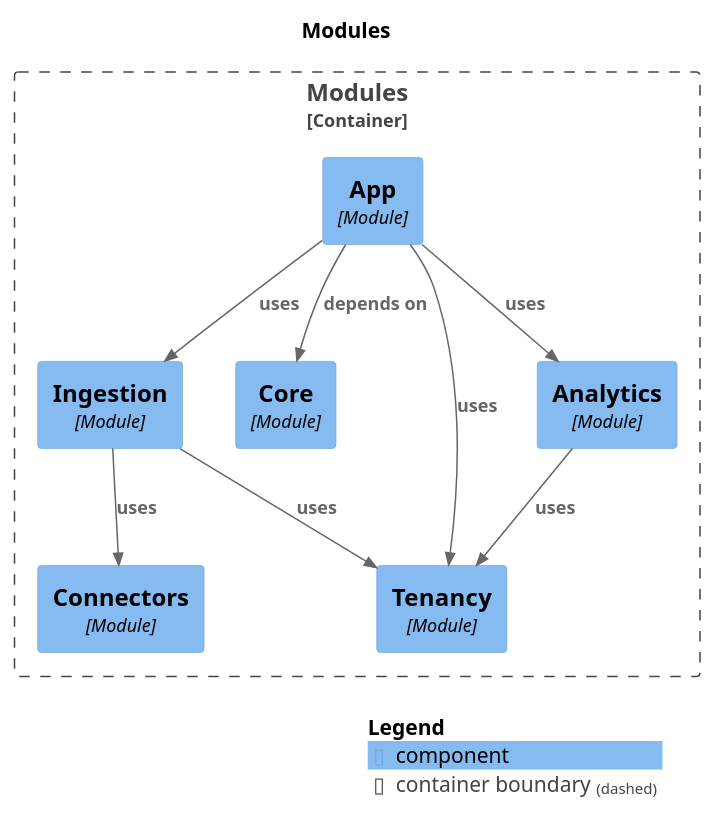
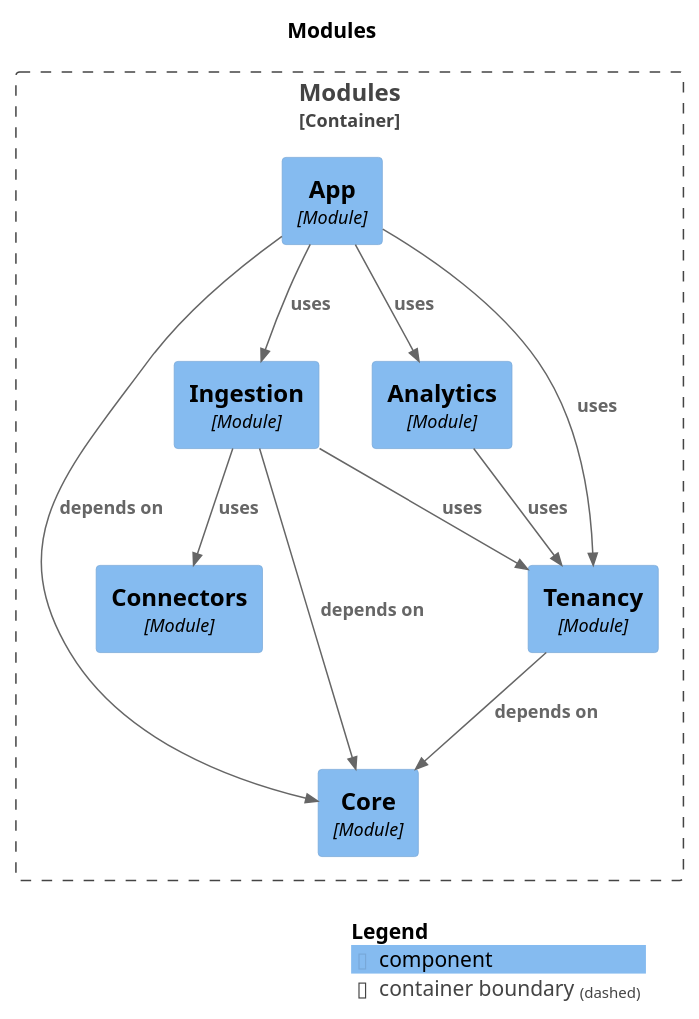
One commit to aliemrahpekesen/eKingProducitivtyMeter changed the diagram in docs/architecture/generated/modulith/components.puml. Above: the diagram before and after it, drawn with PlantUML. The commit also changed 3 other files, not shown here.

Commit message:
docs(architecture): regenerate Modulith diagrams for the admin ports [TASK-0018]

```diff
--- a/docs/architecture/generated/modulith/components.puml
+++ b/docs/architecture/generated/modulith/components.puml
@@ -1,29 +1,31 @@
 @startuml
 set separator none
 title Modules
 
 top to bottom direction
 
 !include <C4/C4>
 !include <C4/C4_Context>
 !include <C4/C4_Component>
 
 Container_Boundary("Modules.Modules_boundary", "Modules", $tags="") {
   Component(Modules.Modules.Analytics, "Analytics", $techn="Module", $descr="", $tags="", $link="")
   Component(Modules.Modules.App, "App", $techn="Module", $descr="", $tags="", $link="")
   Component(Modules.Modules.Connectors, "Connectors", $techn="Module", $descr="", $tags="", $link="")
   Component(Modules.Modules.Core, "Core", $techn="Module", $descr="", $tags="", $link="")
   Component(Modules.Modules.Ingestion, "Ingestion", $techn="Module", $descr="", $tags="", $link="")
   Component(Modules.Modules.Tenancy, "Tenancy", $techn="Module", $descr="", $tags="", $link="")
 }
 
-Rel(Modules.Modules.Analytics, Modules.Modules.Tenancy, "uses", $techn="", $tags="", $link="")
 Rel(Modules.Modules.App, Modules.Modules.Core, "depends on", $techn="", $tags="", $link="")
-Rel(Modules.Modules.App, Modules.Modules.Analytics, "uses", $techn="", $tags="", $link="")
 Rel(Modules.Modules.App, Modules.Modules.Ingestion, "uses", $techn="", $tags="", $link="")
 Rel(Modules.Modules.App, Modules.Modules.Tenancy, "uses", $techn="", $tags="", $link="")
+Rel(Modules.Modules.App, Modules.Modules.Analytics, "uses", $techn="", $tags="", $link="")
+Rel(Modules.Modules.Analytics, Modules.Modules.Tenancy, "uses", $techn="", $tags="", $link="")
+Rel(Modules.Modules.Tenancy, Modules.Modules.Core, "depends on", $techn="", $tags="", $link="")
+Rel(Modules.Modules.Ingestion, Modules.Modules.Core, "depends on", $techn="", $tags="", $link="")
 Rel(Modules.Modules.Ingestion, Modules.Modules.Tenancy, "uses", $techn="", $tags="", $link="")
 Rel(Modules.Modules.Ingestion, Modules.Modules.Connectors, "uses", $techn="", $tags="", $link="")
 
 SHOW_LEGEND(true)
 @enduml
```
